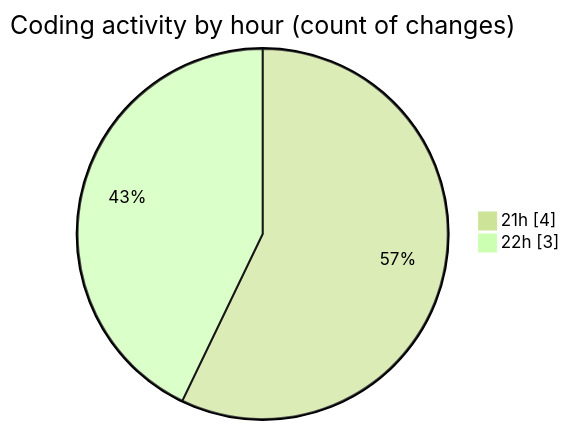
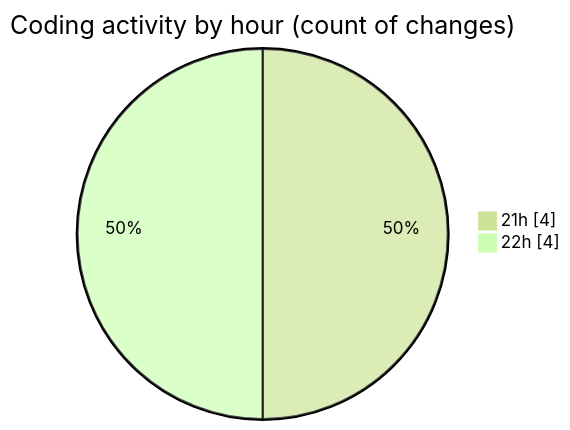
Before and after one commit to idhammustaqopulfikri/code-tracking: the second of 2 diagrams in 2025-06-17/studio-backend/README.md, drawn with Mermaid (forest theme). The commit also changed other lines of this file and 1 other file, not shown here.

````diff
--- a/2025-06-17/studio-backend/README.md
+++ b/2025-06-17/studio-backend/README.md
@@ -30,6 +30,6 @@
 ```mermaid
 pie showData
 title Coding activity by hour (count of changes)
 "21h" : 4
-"22h" : 3
+"22h" : 4
 ```
````
